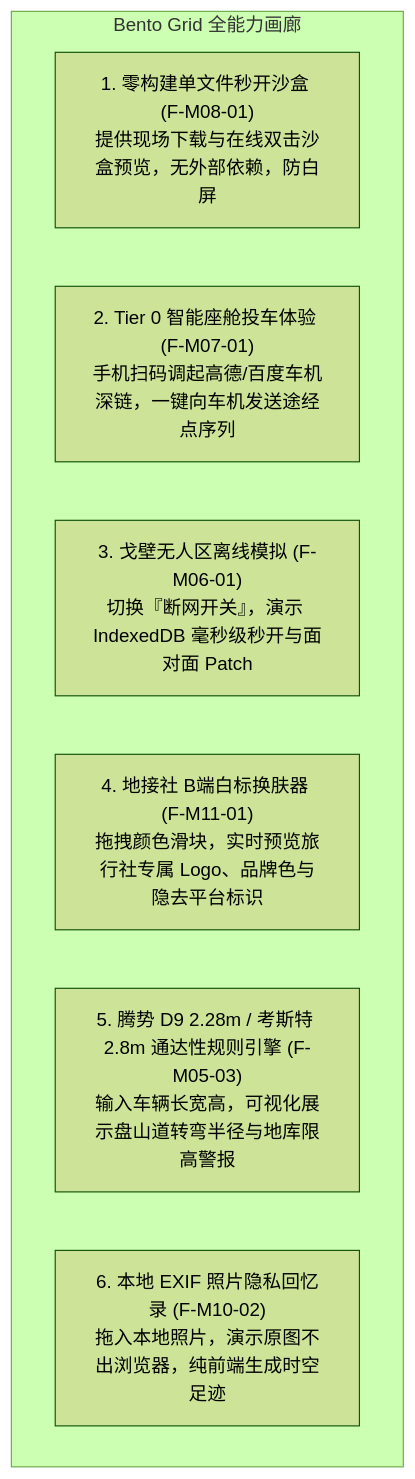
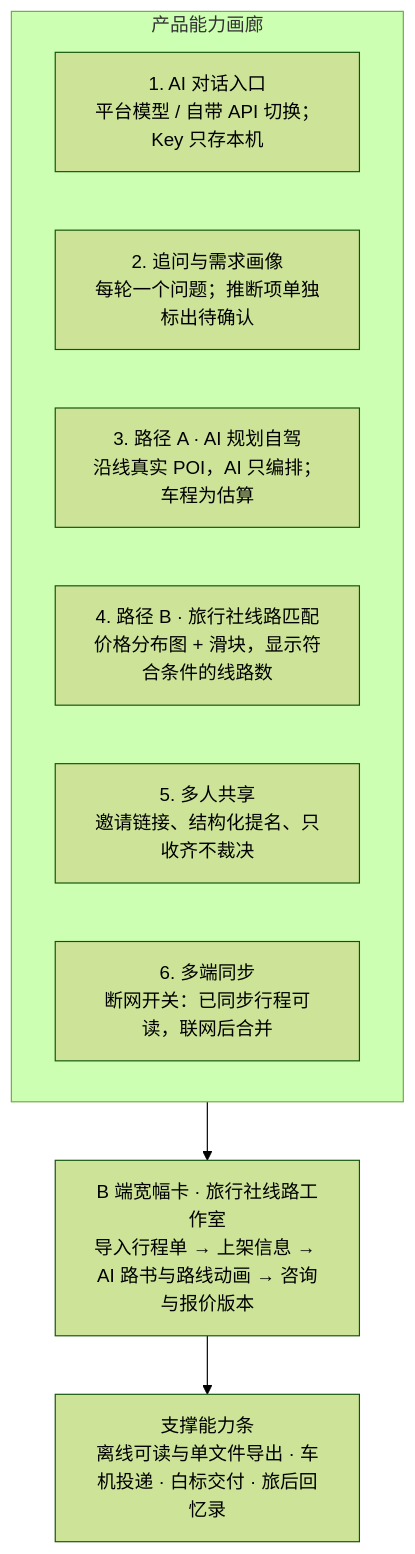
One commit to JohnMaxwell0123/TripCraft changed the fifth of 6 diagrams in docs/SHOWCASE-web-design.md. Above: the diagram before and after it, drawn with Mermaid (forest theme). The commit also changed other lines of this file and 5 other files, not shown here.

````diff
--- a/docs/SHOWCASE-web-design.md
+++ b/docs/SHOWCASE-web-design.md
@@ -239,11 +237,13 @@
 ```mermaid
 graph TD
-    subgraph BENTO["Bento Grid 全能力画廊"]
-        B1["1. 零构建单文件秒开沙盒 (F-M08-01)<br/>提供现场下载与在线双击沙盒预览，无外部依赖，防白屏"]
-        B2["2. Tier 0 智能座舱投车体验 (F-M07-01)<br/>手机扫码调起高德/百度车机深链，一键向车机发送途经点序列"]
-        B3["3. 戈壁无人区离线模拟 (F-M06-01)<br/>切换『断网开关』，演示 IndexedDB 毫秒级秒开与面对面 Patch"]
-        B4["4. 地接社 B端白标换肤器 (F-M11-01)<br/>拖拽颜色滑块，实时预览旅行社专属 Logo、品牌色与隐去平台标识"]
-        B5["5. 腾势 D9 2.28m / 考斯特 2.8m 通达性规则引擎 (F-M05-03)<br/>输入车辆长宽高，可视化展示盘山道转弯半径与地库限高警报"]
-        B6["6. 本地 EXIF 照片隐私回忆录 (F-M10-02)<br/>拖入本地照片，演示原图不出浏览器，纯前端生成时空足迹"]
+    subgraph BENTO["产品能力画廊"]
+        B1["1. AI 对话入口<br/>平台模型 / 自带 API 切换；Key 只存本机"]
+        B2["2. 追问与需求画像<br/>每轮一个问题；推断项单独标出待确认"]
+        B3["3. 路径 A · AI 规划自驾<br/>沿线真实 POI，AI 只编排；车程为估算"]
+        B4["4. 路径 B · 旅行社线路匹配<br/>价格分布图 + 滑块，显示符合条件的线路数"]
+        B5["5. 多人共享<br/>邀请链接、结构化提名、只收齐不裁决"]
+        B6["6. 多端同步<br/>断网开关：已同步行程可读，联网后合并"]
     end
+    BENTO --> STUDIO["B 端宽幅卡 · 旅行社线路工作室<br/>导入行程单 → 上架信息 → AI 路书与路线动画 → 咨询与报价版本"]
+    STUDIO --> SUP["支撑能力条<br/>离线可读与单文件导出 · 车机投递 · 白标交付 · 旅后回忆录"]
 ```
````
